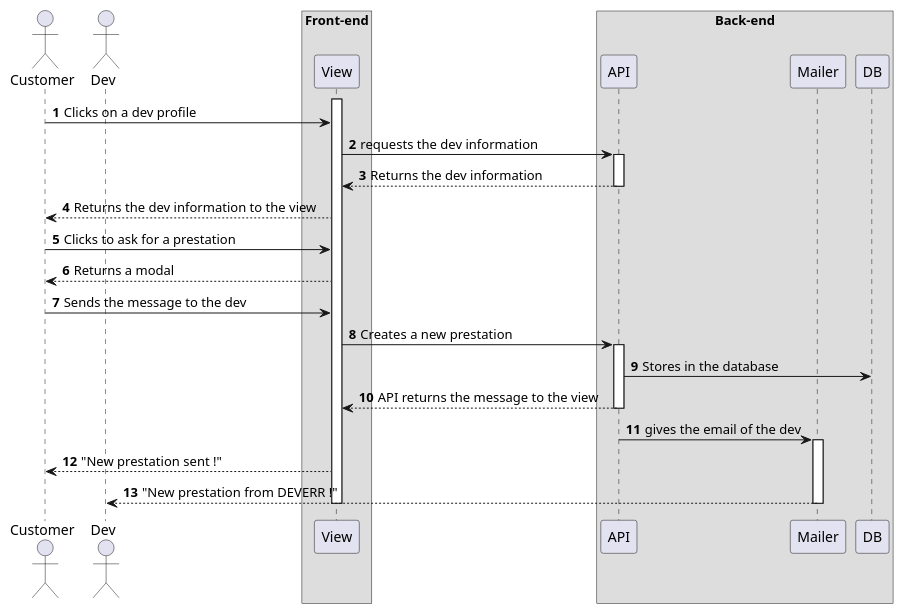
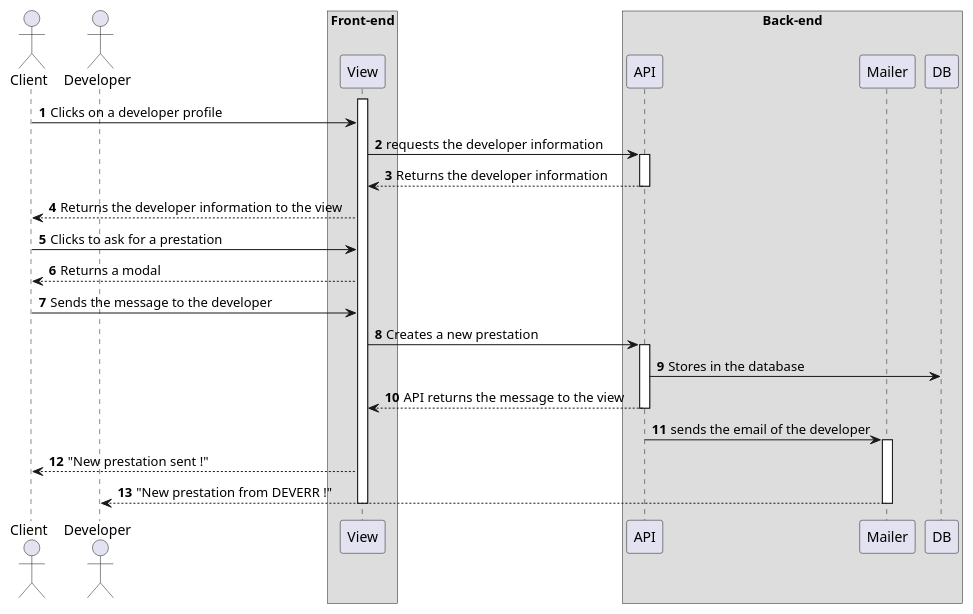
One commit to Loic-Jhs/deverr-back changed the diagram in docs/diagrams/sequencesDiagrams/new_order_sequence.puml. Above: the diagram before and after it, drawn with PlantUML. The commit also changed 7 other files, not shown here.

```diff
--- a/docs/diagrams/sequencesDiagrams/new_order_sequence.puml
+++ b/docs/diagrams/sequencesDiagrams/new_order_sequence.puml
@@ -1,38 +1,38 @@
 @startuml
 autonumber
 
-actor Customer as U
-actor Dev as V
+actor Client as U
+actor Developer as V
 box "Front-end"
 participant View as A
 end box
 
 box "Back-end"
 participant API as B
 participant Mailer as D
 participant DB as C
 end box
 
 activate A
-U -> A : Clicks on a dev profile
-A -> B : requests the dev information
+U -> A : Clicks on a developer profile
+A -> B : requests the developer information
 activate B
-B --> A : Returns the dev information
+B --> A : Returns the developer information
 deactivate B
-A --> U : Returns the dev information to the view
+A --> U : Returns the developer information to the view
 U -> A : Clicks to ask for a prestation
 A --> U : Returns a modal
-U -> A : Sends the message to the dev
+U -> A : Sends the message to the developer
 A -> B : Creates a new prestation
 activate B
 B -> C : Stores in the database
 B --> A : API returns the message to the view
 deactivate B
-B -> D : gives the email of the dev
+B -> D : sends the email of the developer
 activate D
 A --> U : "New prestation sent !"
 D --> V : "New prestation from DEVERR !"
 deactivate D
 deactivate A
 
 @enduml
```
